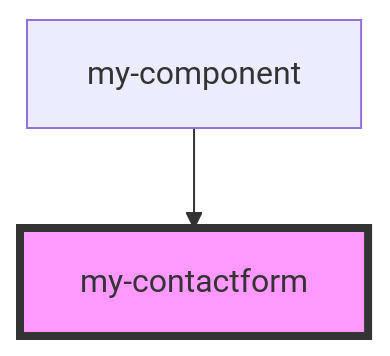
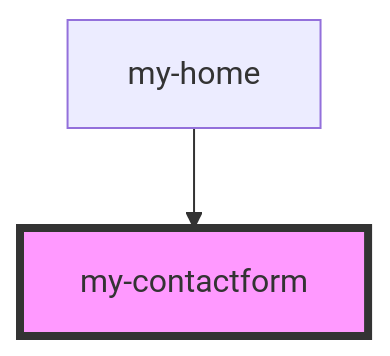
The diagram in src/components/my-contactform/readme.md (jayeshrahinj/Healthpro-Appointment), drawn with Mermaid before and after one commit. The commit also changed other lines of this file and 158 other files, not shown here.

````diff
--- a/src/components/my-contactform/readme.md
+++ b/src/components/my-contactform/readme.md
@@ -15,5 +15,5 @@
 ```mermaid
 graph TD;
-  my-component --> my-contactform
+  my-home --> my-contactform
   style my-contactform fill:#f9f,stroke:#333,stroke-width:4px
 ```
````
